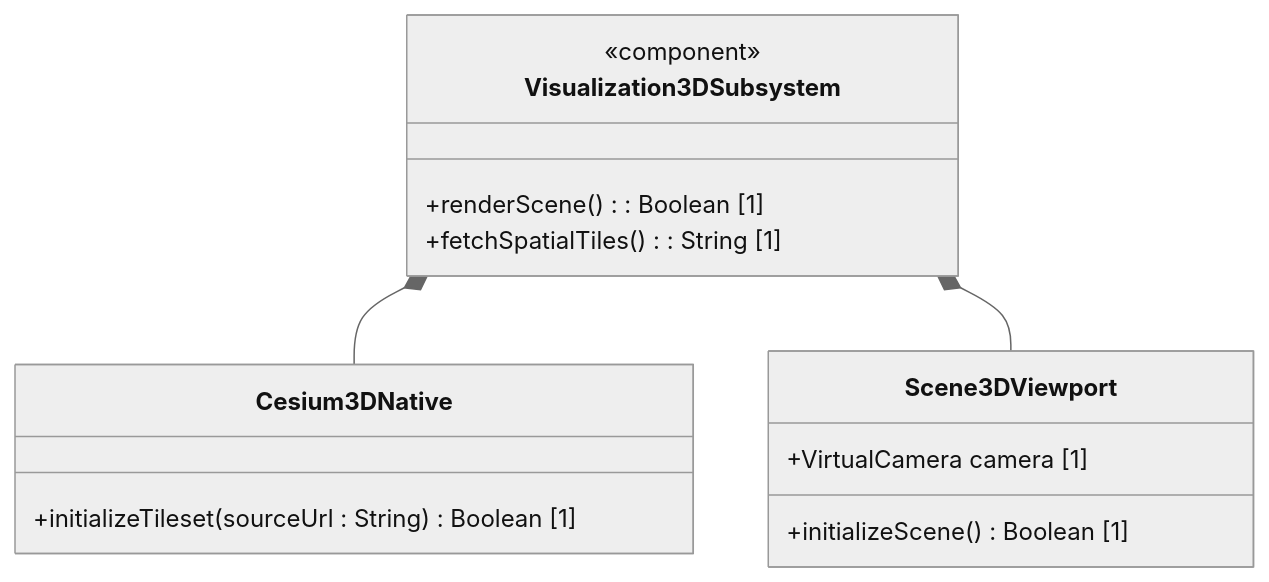
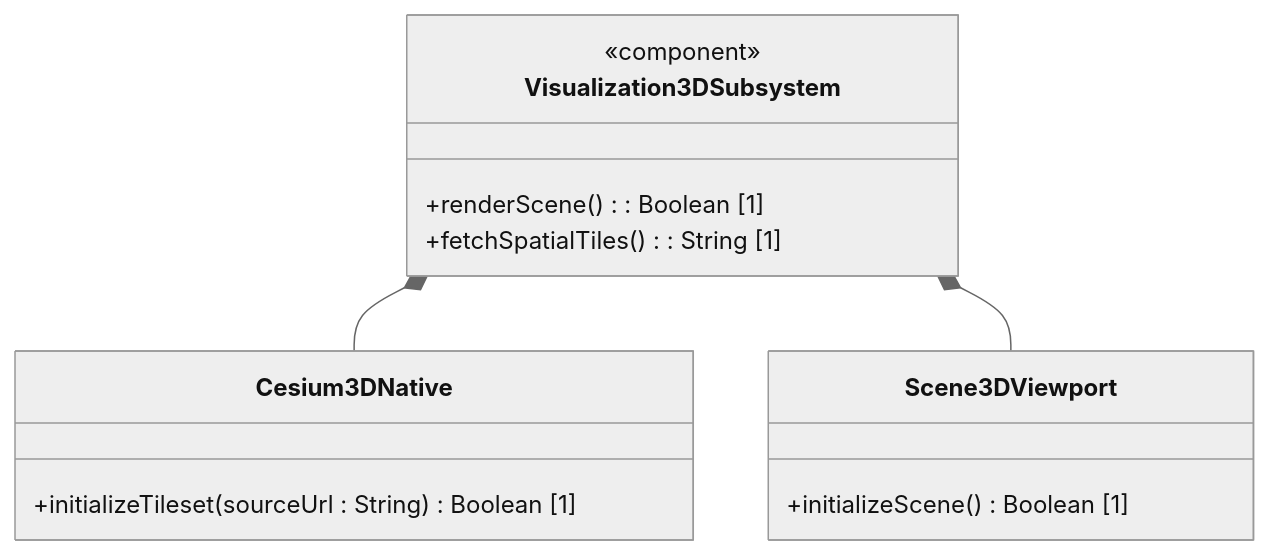
One commit to gintatkinson/3dgs-phoenix changed the first of 3 diagrams in docs/epics/epic-01-3d-visualization.md. Above: the diagram before and after it, drawn with Mermaid (neutral theme). The commit also changed other lines of this file and 3 other files, not shown here.

Commit message:
docs: fix UML and compliance linter failures in use cases and epics

````diff
--- a/docs/epics/epic-01-3d-visualization.md
+++ b/docs/epics/epic-01-3d-visualization.md
@@ -28,17 +28,16 @@
 ```mermaid
 classDiagram
     class Visualization3DSubsystem {
         <<component>>
         +renderScene() : Boolean [1]
         +fetchSpatialTiles() : String [1]
     }
     class Cesium3DNative {
         +initializeTileset(sourceUrl : String) Boolean [1]
     }
     class Scene3DViewport {
-        +VirtualCamera camera [1]
         +initializeScene() Boolean [1]
     }
     Visualization3DSubsystem *-- Cesium3DNative
     Visualization3DSubsystem *-- Scene3DViewport
 ```
````
